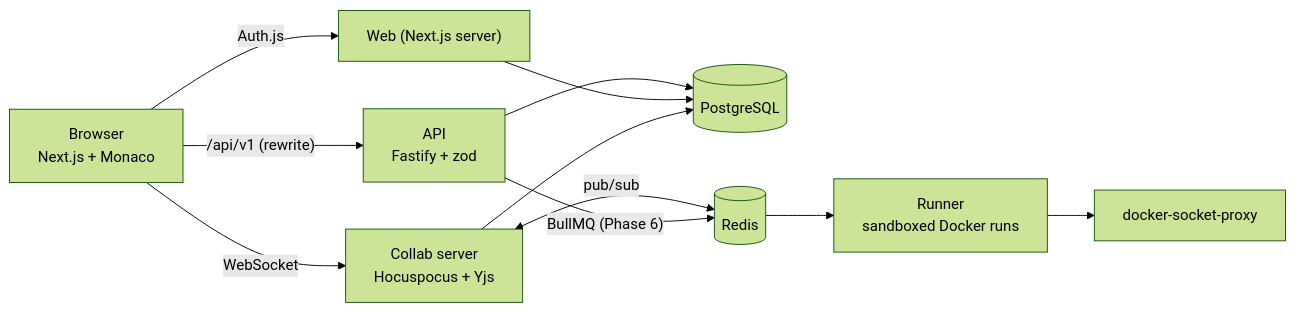
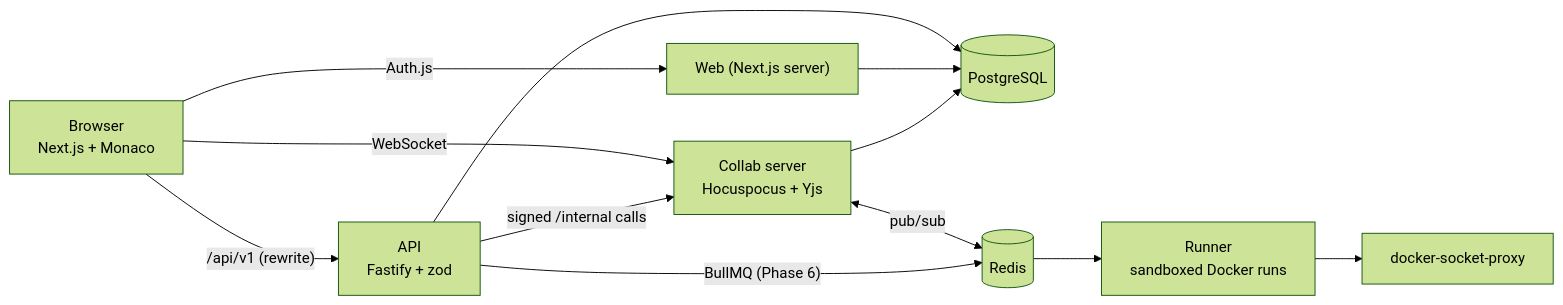
Before and after one commit to tishki8/CollabCode: the diagram in README.md, drawn with Mermaid (forest theme). The commit also changed other lines of this file and 51 other files, not shown here.

````diff
--- a/README.md
+++ b/README.md
@@ -16,13 +16,14 @@
 ```mermaid
 flowchart LR
   Browser["Browser<br/>Next.js + Monaco"] -->|"/api/v1 (rewrite)"| API["API<br/>Fastify + zod"]
   Browser -->|"WebSocket"| Collab["Collab server<br/>Hocuspocus + Yjs"]
   Browser -->|"Auth.js"| Web["Web (Next.js server)"]
   API --> PG[("PostgreSQL")]
   Web --> PG
   Collab --> PG
+  API -->|"signed /internal calls"| Collab
   Collab <-->|"pub/sub"| Redis[("Redis")]
   API -->|"BullMQ (Phase 6)"| Redis
   Redis --> Runner["Runner<br/>sandboxed Docker runs"]
   Runner --> Proxy["docker-socket-proxy"]
 ```
````
